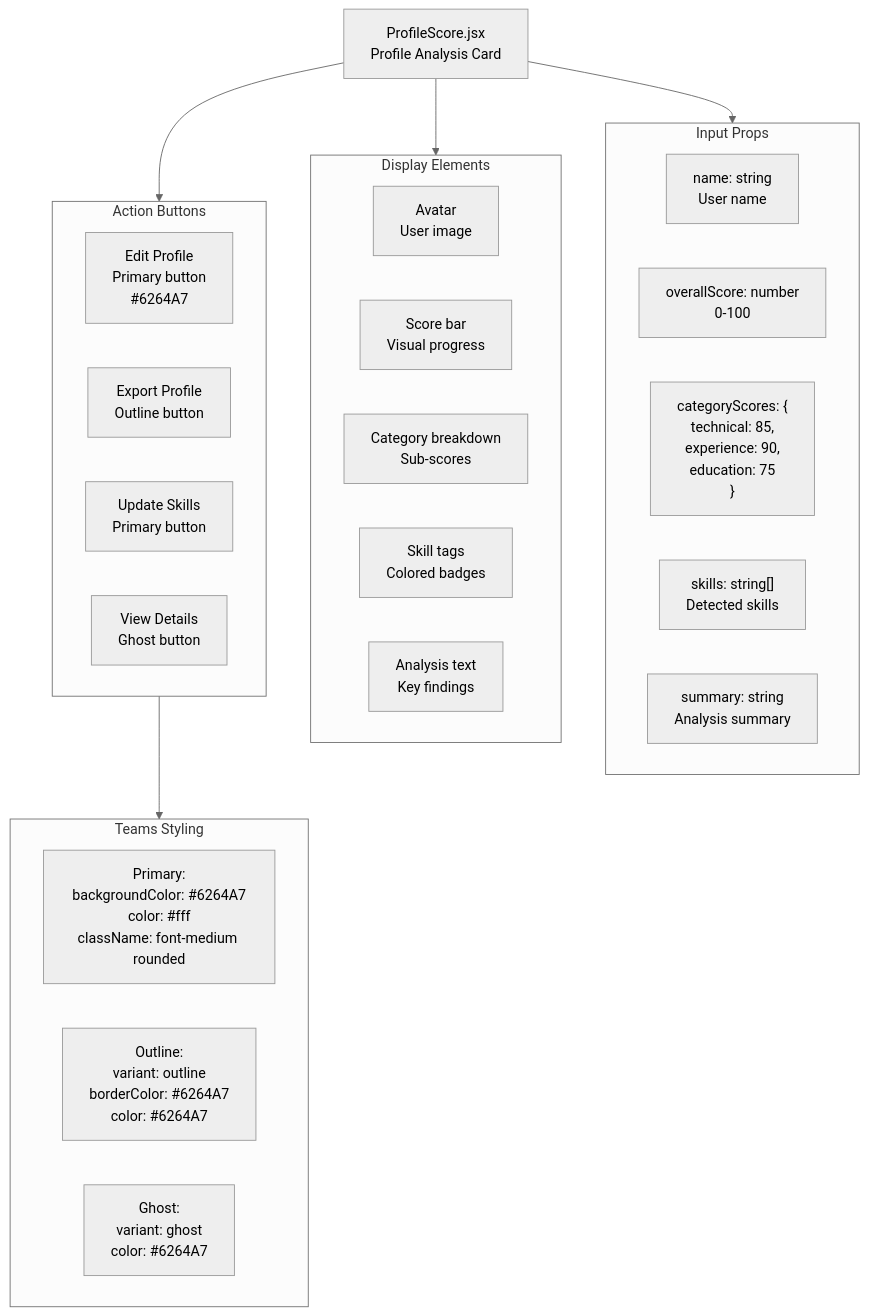
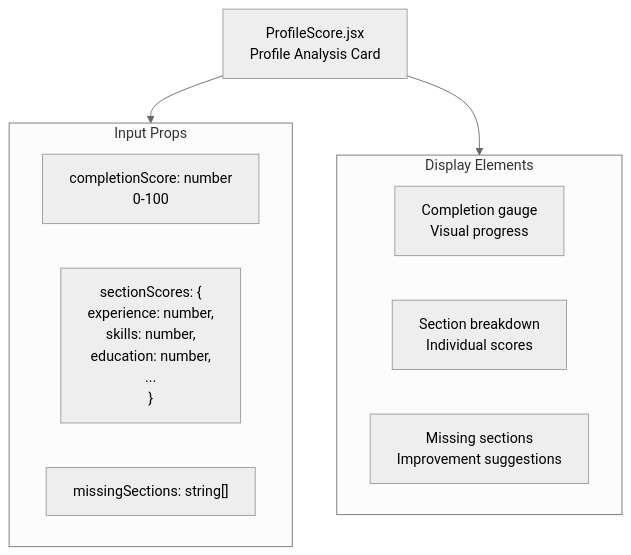
The third of 10 diagrams in docs/architecture/09-ui-component-tree.md (savipk/autochat), drawn with Mermaid (neutral theme) before and after one commit. The commit also changed other lines of this file and 27 other files, not shown here.

````diff
--- a/docs/architecture/09-ui-component-tree.md
+++ b/docs/architecture/09-ui-component-tree.md
@@ -120,38 +123,19 @@
 ```mermaid
 graph TB
     ProfileScore["ProfileScore.jsx<br/>Profile Analysis Card"]
 
     subgraph Data["Input Props"]
-        Name["name: string<br/>User name"]
-        Score["overallScore: number<br/>0-100"]
-        Scores["categoryScores: {<br/>  technical: 85,<br/>  experience: 90,<br/>  education: 75<br/>}"]
-        Skills["skills: string[]<br/>Detected skills"]
-        Summary["summary: string<br/>Analysis summary"]
+        Score["completionScore: number<br/>0-100"]
+        SectionScores["sectionScores: {<br/>  experience: number,<br/>  skills: number,<br/>  education: number,<br/>  ...<br/>}"]
+        Missing["missingSections: string[]"]
     end
 
     subgraph Display["Display Elements"]
-        Avatar["Avatar<br/>User image"]
-        ScoreBar["Score bar<br/>Visual progress"]
-        CategoryBreakdown["Category breakdown<br/>Sub-scores"]
-        SkillTags["Skill tags<br/>Colored badges"]
-        Analysis["Analysis text<br/>Key findings"]
-    end
-
-    subgraph Buttons["Action Buttons"]
-        EditBtn["Edit Profile<br/>Primary button<br/>#6264A7"]
-        ExportBtn["Export Profile<br/>Outline button"]
-        UpdateBtn["Update Skills<br/>Primary button"]
-        ViewDetailBtn["View Details<br/>Ghost button"]
-    end
-
-    subgraph TeamsStyling["Teams Styling"]
-        PrimaryStyle["Primary:<br/>backgroundColor: #6264A7<br/>color: #fff<br/>className: font-medium rounded"]
-        OutlineStyle["Outline:<br/>variant: outline<br/>borderColor: #6264A7<br/>color: #6264A7"]
-        GhostStyle["Ghost:<br/>variant: ghost<br/>color: #6264A7"]
+        ScoreGauge["Completion gauge<br/>Visual progress"]
+        SectionBreakdown["Section breakdown<br/>Individual scores"]
+        MissingSections["Missing sections<br/>Improvement suggestions"]
     end
 
     ProfileScore --> Data
     ProfileScore --> Display
-    ProfileScore --> Buttons
-    Buttons --> TeamsStyling
 ```
````
